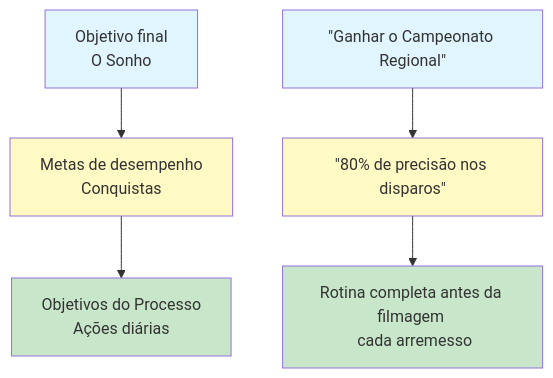
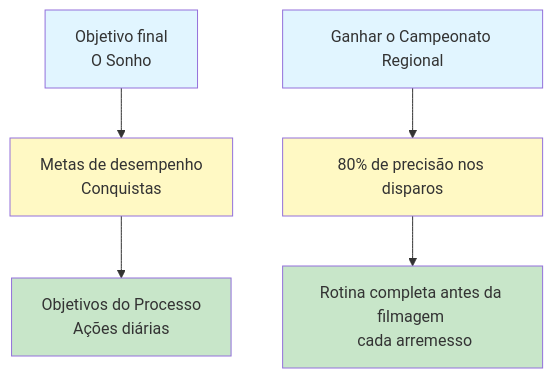
One commit to patwii/petanque-academy changed the diagram in docs/pt/education/goals/index.md. Above: the diagram before and after it, drawn with Mermaid. The commit also changed 8 other files, not shown here.

````diff
--- a/docs/pt/education/goals/index.md
+++ b/docs/pt/education/goals/index.md
@@ -42,15 +42,15 @@
 ```mermaid
 graph TD
     A[Objetivo final <br/> O Sonho] --> B[Metas de desempenho <br/> Conquistas]
     B --> C[Objetivos do Processo <br/> Ações diárias]
 
-    A2[&quot;Ganhar o Campeonato Regional&quot;] --> B2[&quot;80% de precisão nos disparos&quot;]
-    B2 --> C2[&quot;Rotina completa antes da filmagem <br/> cada arremesso&quot;]
+    A2["Ganhar o Campeonato Regional"] --> B2["80% de precisão nos disparos"]
+    B2 --> C2["Rotina completa antes da filmagem <br/> cada arremesso"]
 
     style A fill:#e1f5ff
     style B fill:#fff9c4
     style C fill:#c8e6c9
     style A2 fill:#e1f5ff
     style B2 fill:#fff9c4
     style C2 fill:#c8e6c9
 ```
````
